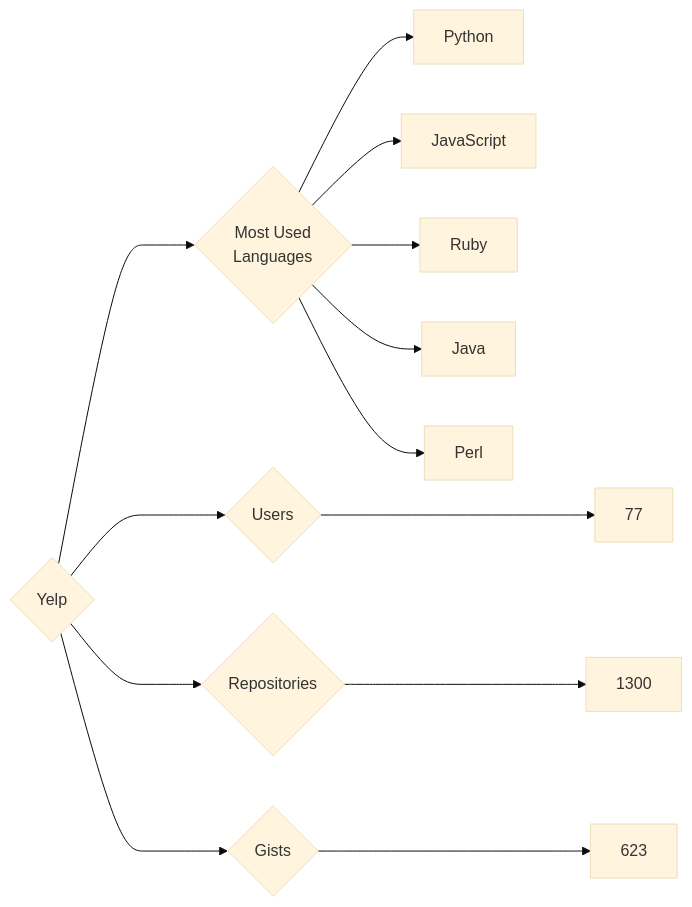
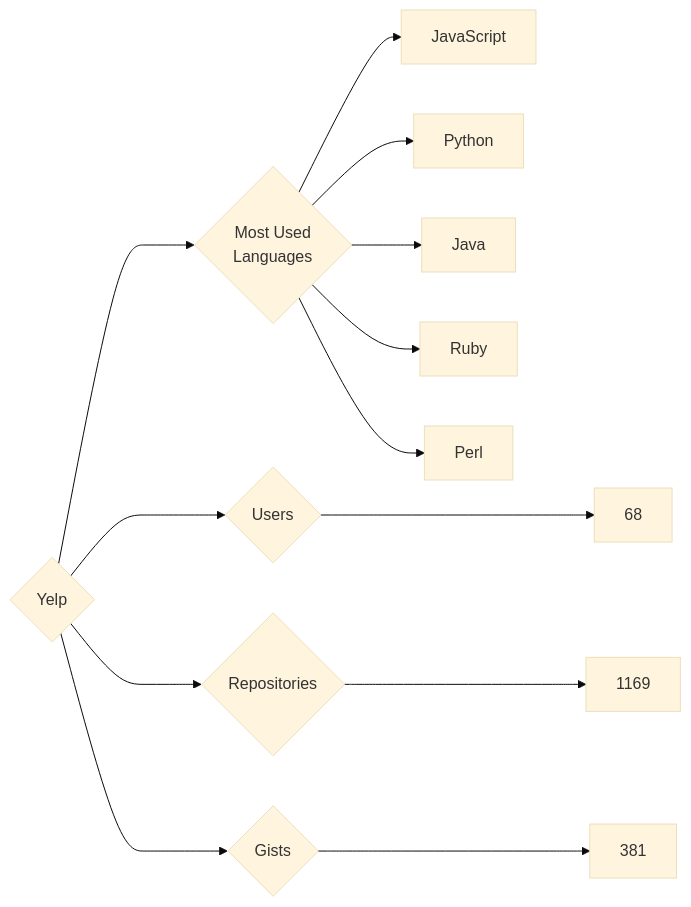
The diagram in targets/Yelp/README.md (trickest/insiders), drawn with Mermaid (base theme) before and after one commit. The commit also changed 851 other files, not shown here.

````diff
--- a/targets/Yelp/README.md
+++ b/targets/Yelp/README.md
@@ -3,13 +3,13 @@
 ```mermaid
 graph LR
 COMPANY_NAME{Yelp}
-COMPANY_NAME ---> U{Users} ---> UN[77]
-COMPANY_NAME ---> R{Repositories} ---> RN[1300]
-COMPANY_NAME ---> G{Gists} ---> GN[623]
+COMPANY_NAME ---> U{Users} ---> UN[68]
+COMPANY_NAME ---> R{Repositories} ---> RN[1169]
+COMPANY_NAME ---> G{Gists} ---> GN[381]
 COMPANY_NAME ---> ML{Most Used<br>Languages}
+ML --> JavaScript[JavaScript]
 ML --> Python[Python]
-ML --> JavaScript[JavaScript]
+ML --> Java[Java]
 ML --> Ruby[Ruby]
-ML --> Java[Java]
 ML --> Perl[Perl]
 ```
````
